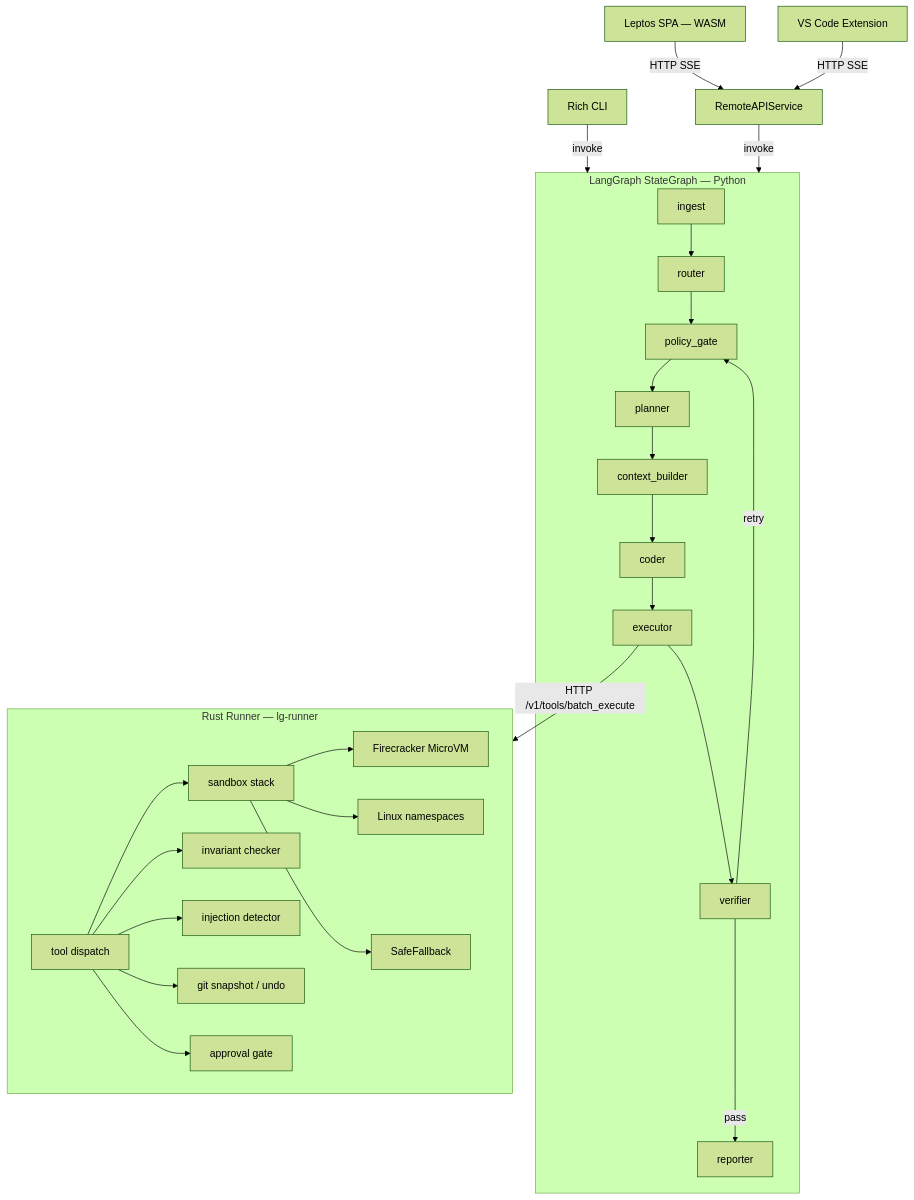
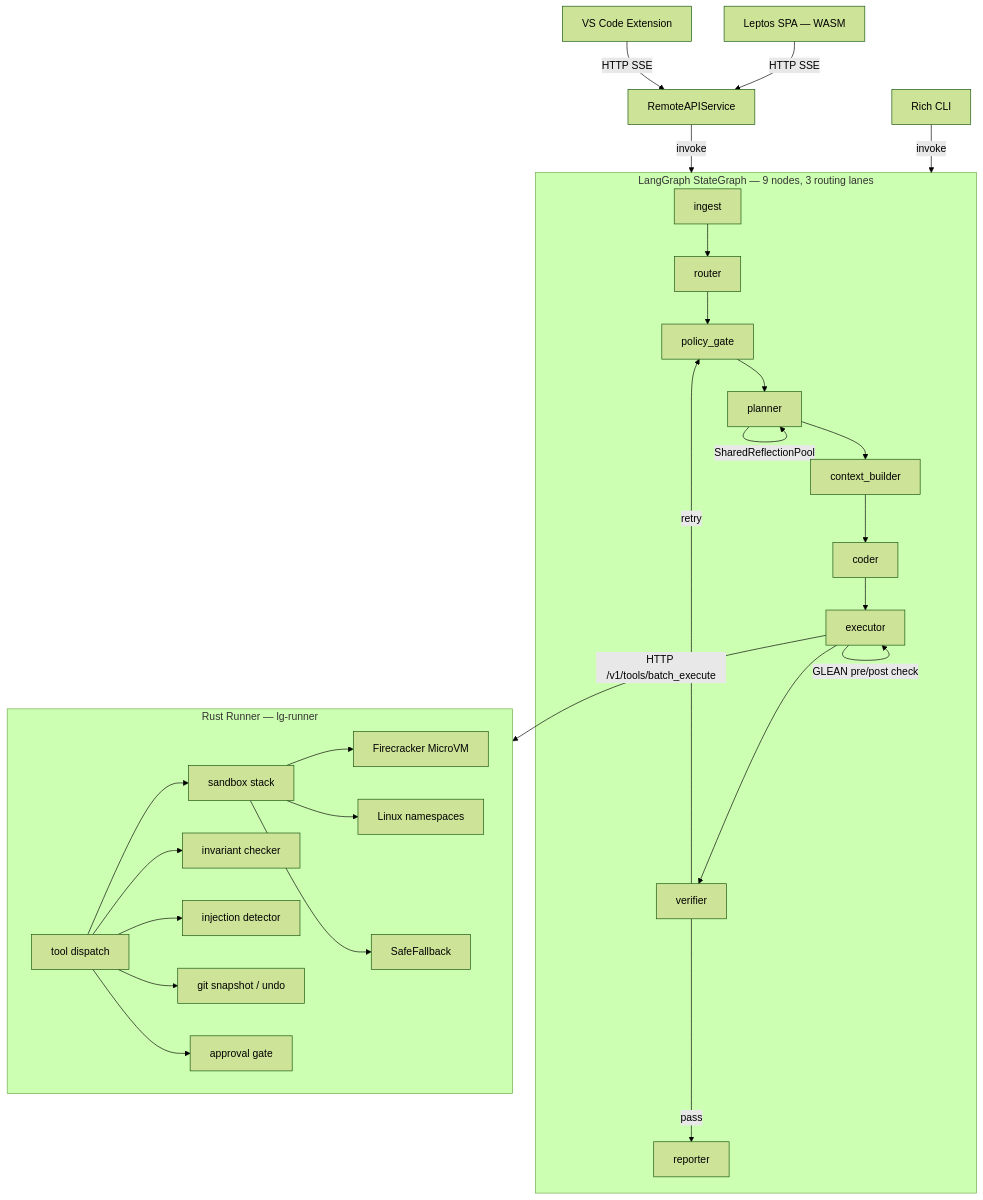
Before and after one commit to christianmeurer/Lula: the diagram in README.md, drawn with Mermaid (forest theme). The commit also changed other lines of this file and 5 other files, not shown here.

````diff
--- a/README.md
+++ b/README.md
@@ -33,32 +35,34 @@
 ```mermaid
 graph TD
     SPA[Leptos SPA — WASM] -->|HTTP SSE| API[RemoteAPIService]
     EXT[VS Code Extension] -->|HTTP SSE| API
     CLI[Rich CLI] -->|invoke| GRAPH
     API -->|invoke| GRAPH
 
-    subgraph GRAPH [LangGraph StateGraph — Python]
+    subgraph GRAPH [LangGraph StateGraph — 9 nodes, 3 routing lanes]
         A[ingest] --> B[router]
         B --> C[policy_gate]
         C --> D[planner]
+        D -->|SharedReflectionPool| D
         D --> E[context_builder]
         E --> F[coder]
         F --> G[executor]
+        G -->|GLEAN pre/post check| G
         G --> H[verifier]
         H -->|retry| C
         H -->|pass| I[reporter]
     end
 
     G -->|HTTP /v1/tools/batch_execute| RUNNER
 
     subgraph RUNNER [Rust Runner — lg-runner]
         TA[tool dispatch] --> SB[sandbox stack]
         SB --> FC[Firecracker MicroVM]
         SB --> LN[Linux namespaces]
         SB --> SF[SafeFallback]
         TA --> INV[invariant checker]
         TA --> INJECTDET[injection detector]
         TA --> SNAP[git snapshot / undo]
         TA --> APPR[approval gate]
     end
 ```
````
